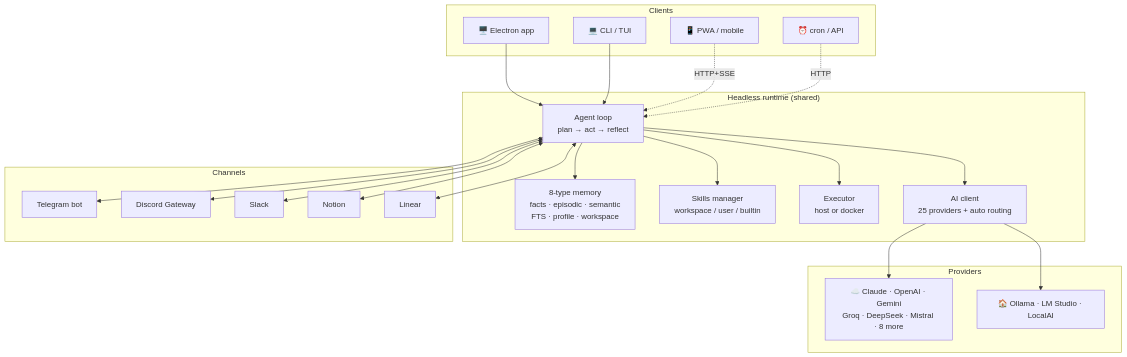
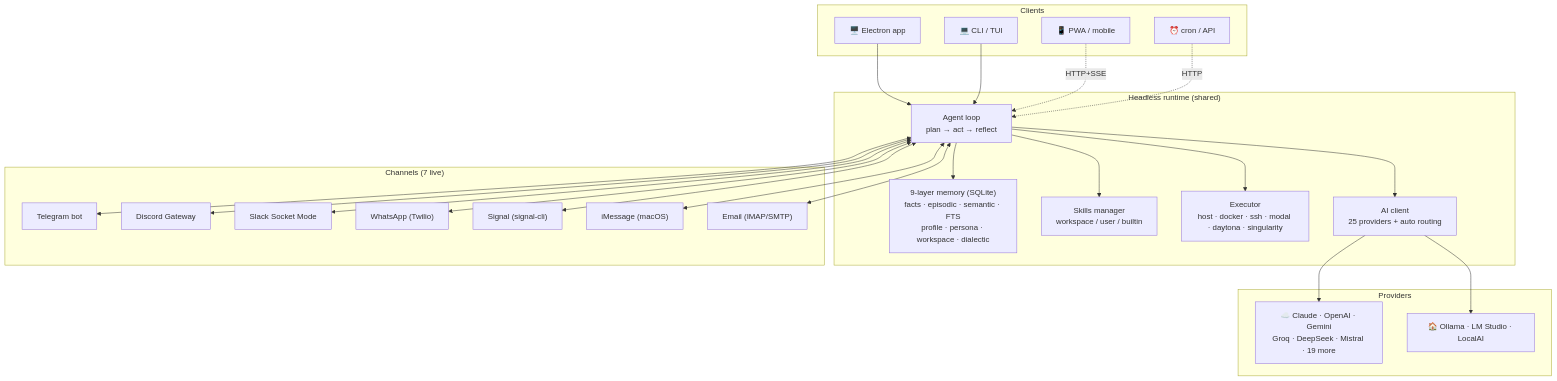
The diagram in README.md (ErnestKostevich/horizon-genesis), drawn with Mermaid before and after one commit. The commit also changed other lines of this file and 3 other files, not shown here.

````diff
--- a/README.md
+++ b/README.md
@@ -246,49 +283,53 @@
 ```mermaid
 graph TB
     subgraph "Clients"
         Desktop["🖥️ Electron app"]
         CLI["💻 CLI / TUI"]
         Mobile["📱 PWA / mobile"]
         Cron["⏰ cron / API"]
     end
 
     subgraph "Headless runtime (shared)"
         Agent["Agent loop<br/>plan → act → reflect"]
-        Memory["8-type memory<br/>facts · episodic · semantic<br/>FTS · profile · workspace"]
+        Memory["9-layer memory (SQLite)<br/>facts · episodic · semantic · FTS<br/>profile · persona · workspace · dialectic"]
         Skills["Skills manager<br/>workspace / user / builtin"]
-        Executor["Executor<br/>host or docker"]
+        Executor["Executor<br/>host · docker · ssh · modal · daytona · singularity"]
         AI["AI client<br/>25 providers + auto routing"]
     end
 
-    subgraph "Channels"
+    subgraph "Channels (7 live)"
         TG["Telegram bot"]
         Discord["Discord Gateway"]
-        Slack["Slack"]
-        Notion["Notion"]
-        Linear["Linear"]
+        Slack["Slack Socket Mode"]
+        WhatsApp["WhatsApp (Twilio)"]
+        Signal["Signal (signal-cli)"]
+        iMessage["iMessage (macOS)"]
+        Email["Email (IMAP/SMTP)"]
     end
 
     subgraph "Providers"
-        Cloud["☁️ Claude · OpenAI · Gemini<br/>Groq · DeepSeek · Mistral · 8 more"]
+        Cloud["☁️ Claude · OpenAI · Gemini<br/>Groq · DeepSeek · Mistral · 19 more"]
         Local["🏠 Ollama · LM Studio · LocalAI"]
     end
 
     Desktop --> Agent
     CLI --> Agent
     Mobile -.HTTP+SSE.-> Agent
     Cron -.HTTP.-> Agent
 
     Agent --> Memory
     Agent --> Skills
     Agent --> Executor
     Agent --> AI
 
     Agent <--> TG
     Agent <--> Discord
     Agent <--> Slack
-    Agent <--> Notion
-    Agent <--> Linear
+    Agent <--> WhatsApp
+    Agent <--> Signal
+    Agent <--> iMessage
+    Agent <--> Email
 
     AI --> Cloud
     AI --> Local
 ```
````
